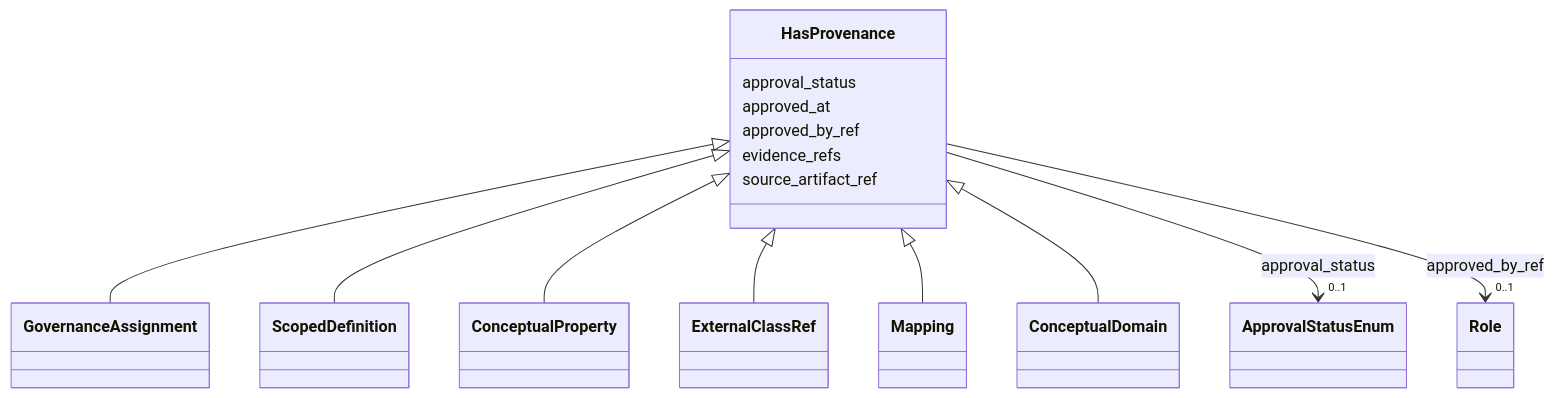
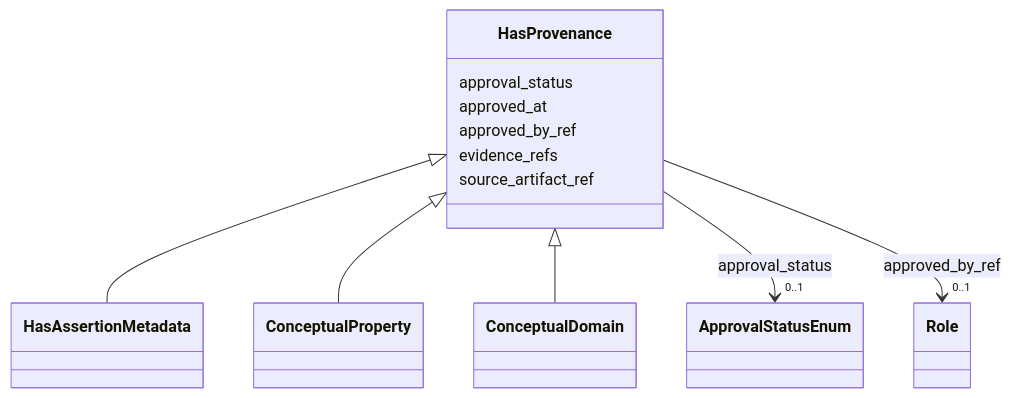
Before and after one commit to oista/moex-data-model: the diagram in generated/artifacts/moex-dams/0.1/diagrams/HasProvenance.md, drawn with Mermaid. The commit also changed 49 other files, not shown here.

First line of the commit message:
feat(schema): HasAssertionMetadata mixin and INV-057 (ADR-053, 5.1.0)

````diff
--- a/generated/artifacts/moex-dams/0.1/diagrams/HasProvenance.md
+++ b/generated/artifacts/moex-dams/0.1/diagrams/HasProvenance.md
@@ -4,47 +4,41 @@
 ```mermaid
  classDiagram
     class HasProvenance
     click HasProvenance href "../HasProvenance"
-      HasProvenance <|-- GovernanceAssignment
-        click GovernanceAssignment href "../GovernanceAssignment"
-      HasProvenance <|-- ScopedDefinition
-        click ScopedDefinition href "../ScopedDefinition"
+      HasProvenance <|-- HasAssertionMetadata
+        click HasAssertionMetadata href "../HasAssertionMetadata"
       HasProvenance <|-- ConceptualProperty
         click ConceptualProperty href "../ConceptualProperty"
-      HasProvenance <|-- ExternalClassRef
-        click ExternalClassRef href "../ExternalClassRef"
-      HasProvenance <|-- Mapping
-        click Mapping href "../Mapping"
       HasProvenance <|-- ConceptualDomain
         click ConceptualDomain href "../ConceptualDomain"
       
       HasProvenance : approval_status
         
           
     
         
         
         HasProvenance --> "0..1" ApprovalStatusEnum : approval_status
         click ApprovalStatusEnum href "../ApprovalStatusEnum"
     
 
         
       HasProvenance : approved_at
         
       HasProvenance : approved_by_ref
         
           
     
         
         
         HasProvenance --> "0..1" Role : approved_by_ref
         click Role href "../Role"
     
 
         
       HasProvenance : evidence_refs
         
       HasProvenance : source_artifact_ref
         
       
 ```
````
